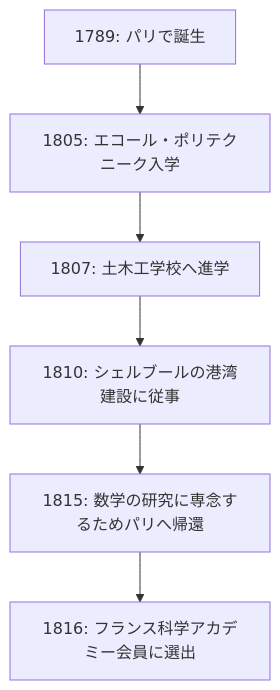
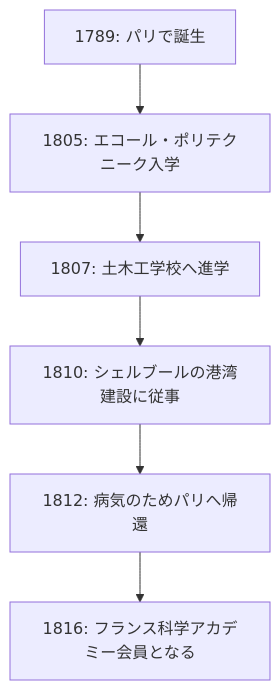
The diagram in content/post/cauchy/index.md (kenjinote/blog), drawn with Mermaid before and after one commit. The commit also changed other lines of this file and 6 other files, not shown here.

````diff
--- a/content/post/cauchy/index.md
+++ b/content/post/cauchy/index.md
@@ -32,8 +32,8 @@
 ```mermaid
 flowchart TD
     A["1789: パリで誕生"] --> B["1805: エコール・ポリテクニーク入学"]
     B --> C["1807: 土木工学校へ進学"]
     C --> D["1810: シェルブールの港湾建設に従事"]
-    D --> E["1815: 数学の研究に専念するためパリへ帰還"]
-    E --> F["1816: フランス科学アカデミー会員に選出"]
+    D --> E["1812: 病気のためパリへ帰還"]
+    E --> F["1816: フランス科学アカデミー会員となる"]
 ```
````
